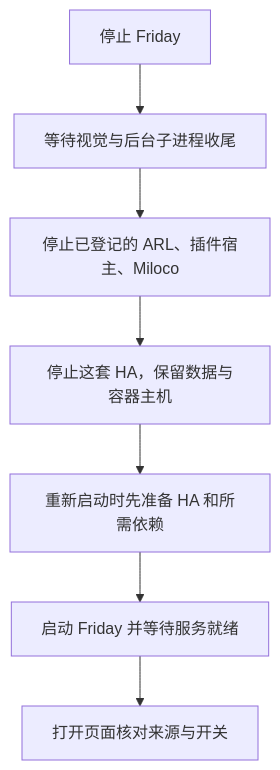
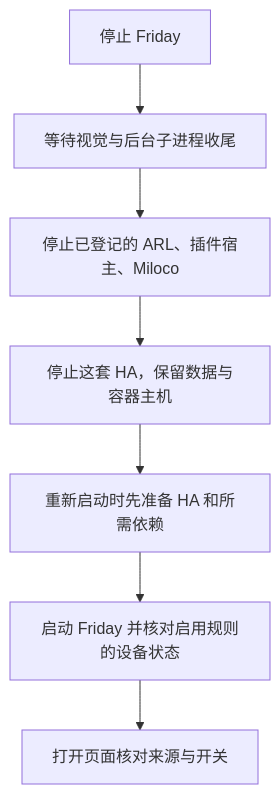
The third of 4 diagrams in USER_MANUAL.md (lijunfeng722/friday-user-guide), drawn with Mermaid before and after one commit. The commit also changed other lines of this file and 7 other files, not shown here.

````diff
--- a/USER_MANUAL.md
+++ b/USER_MANUAL.md
@@ -982,9 +982,9 @@
 ```mermaid
 flowchart TD
   A[停止 Friday] --> B[等待视觉与后台子进程收尾]
   B --> C[停止已登记的 ARL、插件宿主、Miloco]
   C --> D[停止这套 HA，保留数据与容器主机]
   D --> E[重新启动时先准备 HA 和所需依赖]
-  E --> F[启动 Friday 并等待服务就绪]
+  E --> F[启动 Friday 并核对启用规则的设备状态]
   F --> G[打开页面核对来源与开关]
 ```
````
